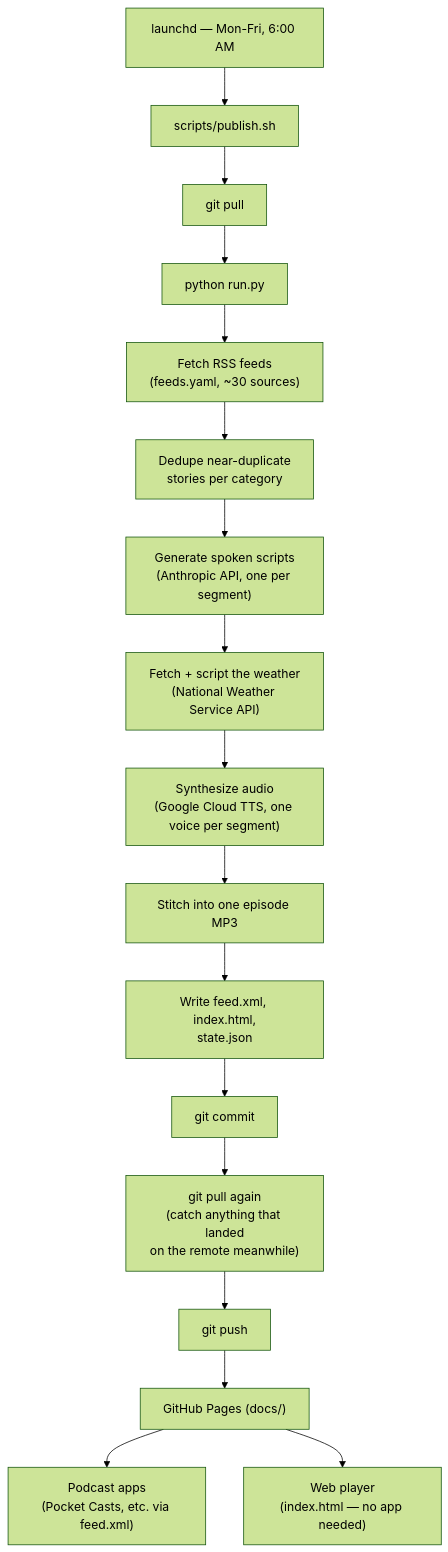
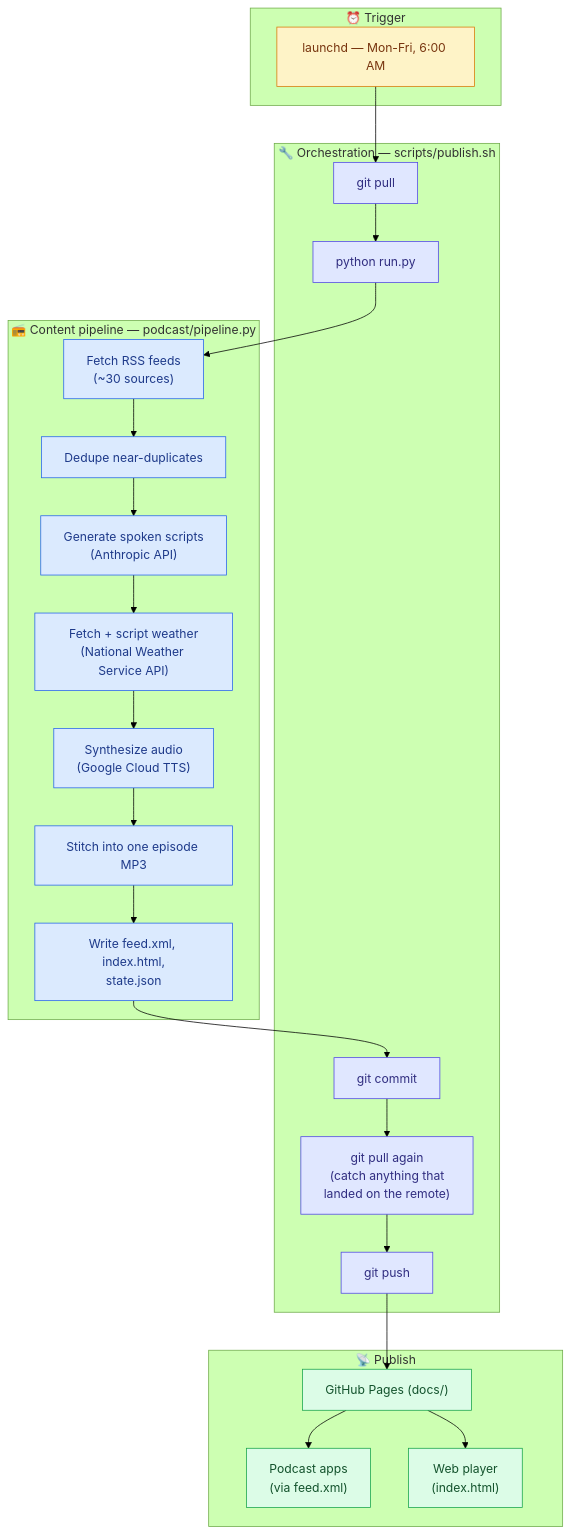
The diagram in README.md (ellewiz/personalized-news-podcast), drawn with Mermaid (forest theme) before and after one commit.

Commit message:
Restyle README diagram: grouped stages, color-coded by phase

````diff
--- a/README.md
+++ b/README.md
@@ -82,21 +82,49 @@
 ```mermaid
 flowchart TD
-    Trigger["launchd — Mon-Fri, 6:00 AM"] --> Publish["scripts/publish.sh"]
-    Publish --> Pull1["git pull"]
-    Pull1 --> Run["python run.py"]
+    subgraph trigger["⏰ Trigger"]
+        Trigger["launchd — Mon-Fri, 6:00 AM"]
+    end
 
-    Run --> Fetch["Fetch RSS feeds<br/>(feeds.yaml, ~30 sources)"]
-    Fetch --> Dedupe["Dedupe near-duplicate<br/>stories per category"]
-    Dedupe --> Scripts["Generate spoken scripts<br/>(Anthropic API, one per segment)"]
-    Scripts --> Weather["Fetch + script the weather<br/>(National Weather Service API)"]
-    Weather --> TTS["Synthesize audio<br/>(Google Cloud TTS, one voice per segment)"]
-    TTS --> Stitch["Stitch into one episode MP3"]
-    Stitch --> Write["Write feed.xml, index.html,<br/>state.json"]
-    Write --> Commit["git commit"]
-    Commit --> Pull2["git pull again<br/>(catch anything that landed<br/>on the remote meanwhile)"]
-    Pull2 --> Push["git push"]
+    subgraph orchestration["🔧 Orchestration — scripts/publish.sh"]
+        Pull1["git pull"]
+        Run["python run.py"]
+        Commit["git commit"]
+        Pull2["git pull again<br/>(catch anything that<br/>landed on the remote)"]
+        Push["git push"]
+    end
 
-    Push --> Pages["GitHub Pages (docs/)"]
-    Pages --> Apps["Podcast apps<br/>(Pocket Casts, etc. via feed.xml)"]
-    Pages --> Player["Web player<br/>(index.html — no app needed)"]
+    subgraph pipeline["📻 Content pipeline — podcast/pipeline.py"]
+        Fetch["Fetch RSS feeds<br/>(~30 sources)"]
+        Dedupe["Dedupe near-duplicates"]
+        Scripts["Generate spoken scripts<br/>(Anthropic API)"]
+        Weather["Fetch + script weather<br/>(National Weather Service API)"]
+        TTS["Synthesize audio<br/>(Google Cloud TTS)"]
+        Stitch["Stitch into one episode MP3"]
+        Write["Write feed.xml, index.html,<br/>state.json"]
+    end
+
+    subgraph publish_stage["📡 Publish"]
+        Pages["GitHub Pages (docs/)"]
+        Apps["Podcast apps<br/>(via feed.xml)"]
+        Player["Web player<br/>(index.html)"]
+    end
+
+    Trigger --> Pull1
+    Pull1 --> Run
+    Run --> Fetch
+    Fetch --> Dedupe --> Scripts --> Weather --> TTS --> Stitch --> Write
+    Write --> Commit --> Pull2 --> Push
+    Push --> Pages
+    Pages --> Apps
+    Pages --> Player
+
+    classDef triggerStyle fill:#fef3c7,stroke:#d97706,color:#78350f
+    classDef orchStyle fill:#e0e7ff,stroke:#4f46e5,color:#312e81
+    classDef pipeStyle fill:#dbeafe,stroke:#2563eb,color:#1e3a8a
+    classDef pubStyle fill:#dcfce7,stroke:#16a34a,color:#14532d
+
+    class Trigger triggerStyle
+    class Pull1,Run,Commit,Pull2,Push orchStyle
+    class Fetch,Dedupe,Scripts,Weather,TTS,Stitch,Write pipeStyle
+    class Pages,Apps,Player pubStyle
 ```
````
